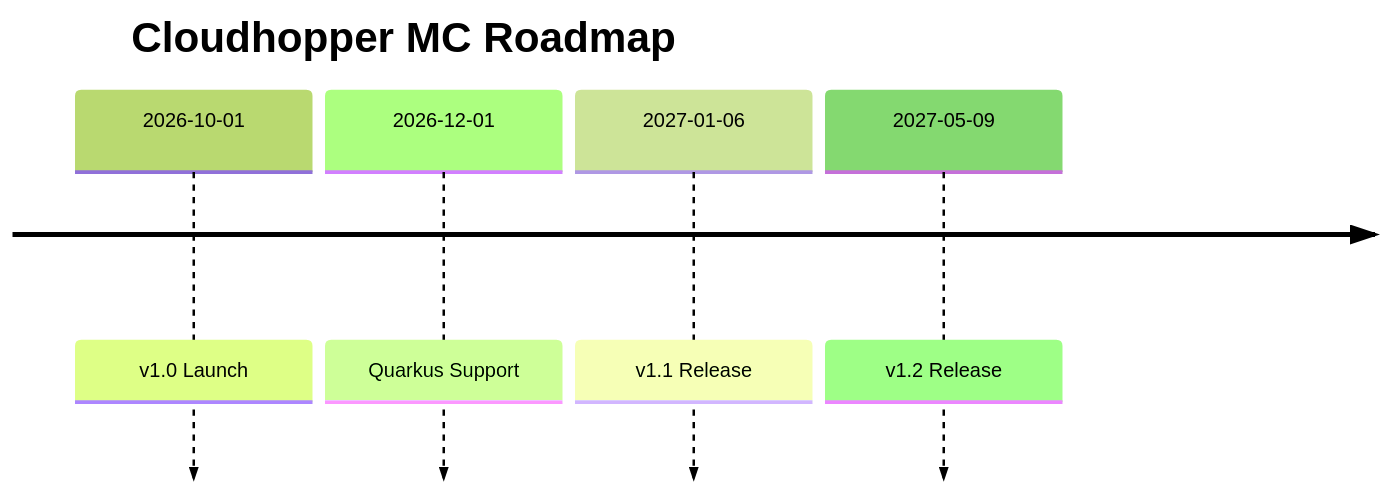
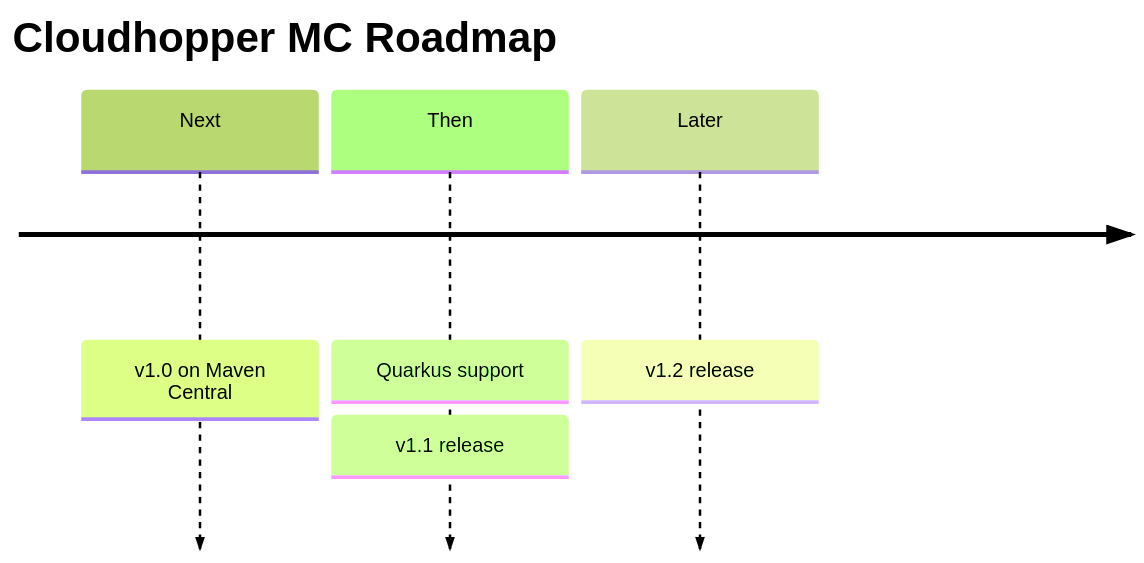
The diagram in docs/docs/roadmap.mdx (dukehoff-gmbh/dukehoff-cloudhopper), drawn with Mermaid (forest theme) before and after one commit. The commit also changed other lines of this file and 32 other files, not shown here.

````diff
--- a/docs/docs/roadmap.mdx
+++ b/docs/docs/roadmap.mdx
@@ -10,8 +11,8 @@
 ```mermaid
 timeline
   title Cloudhopper MC Roadmap
-  2026-10-01 : v1.0 Launch
-  2026-12-01 : Quarkus Support
-  2027-01-06 : v1.1 Release
-  2027-05-09 : v1.2 Release
+  Next : v1.0 on Maven Central
+  Then : Quarkus support
+       : v1.1 release
+  Later : v1.2 release
 ```
````
